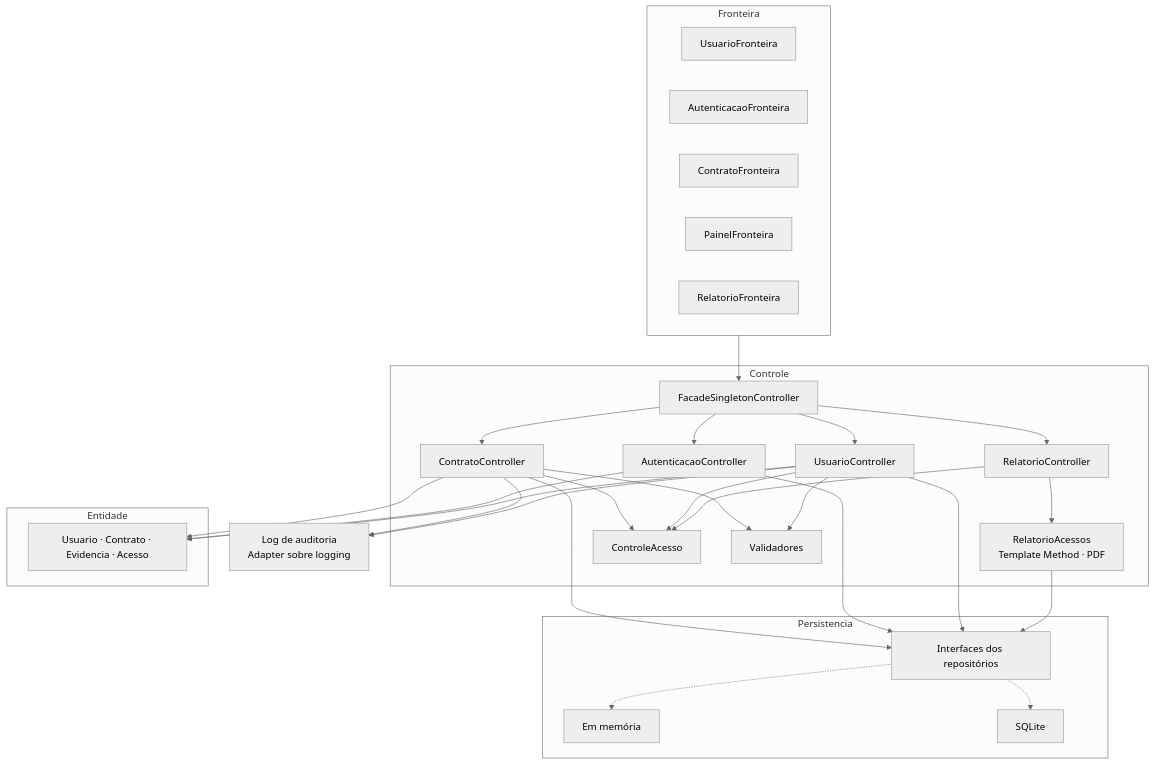
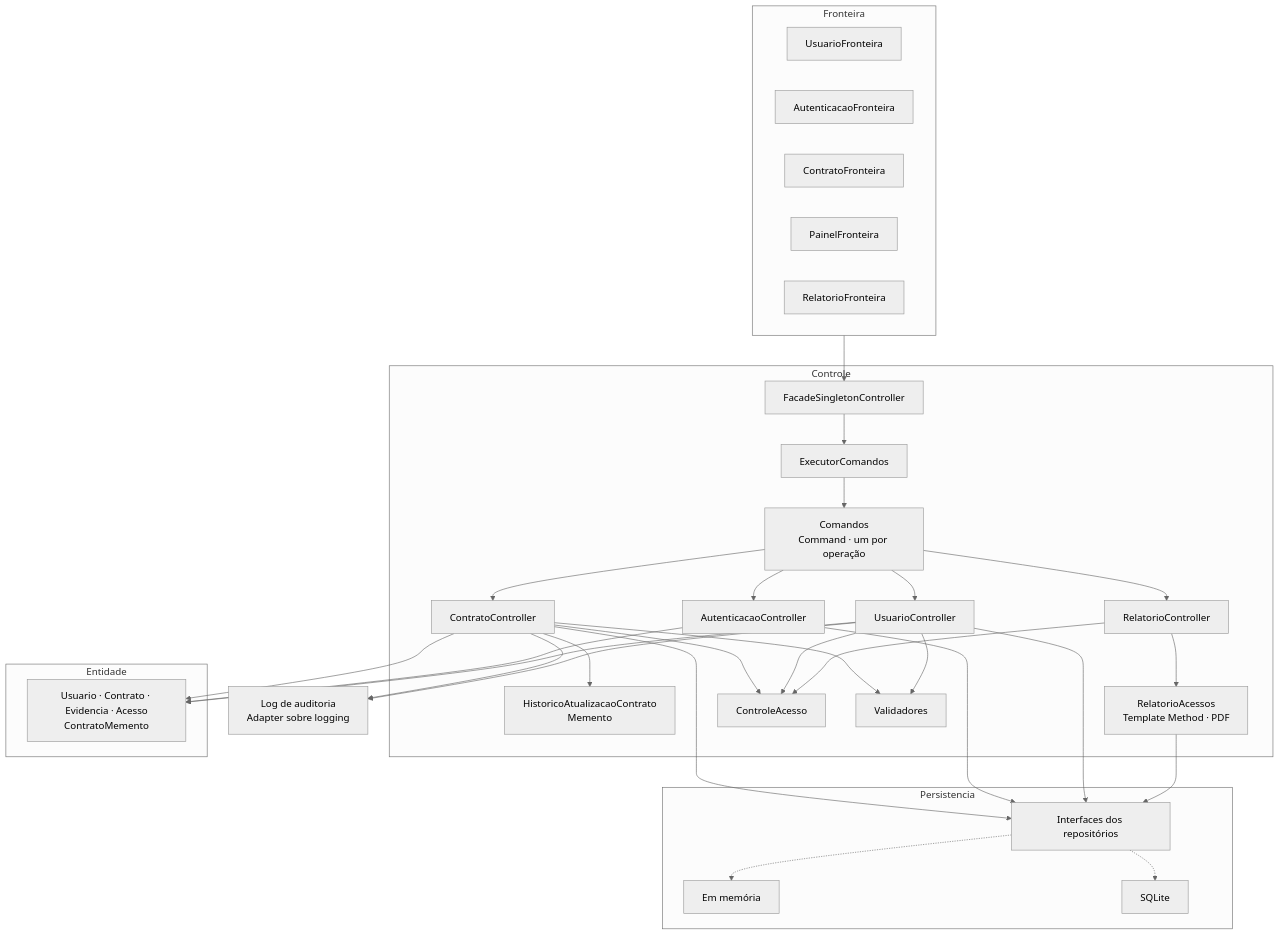
One commit to bruvaloes/audita changed the first of 2 diagrams in docs/07-arquitetura/README.md. Above: the diagram before and after it, drawn with Mermaid (neutral theme). The commit also changed other lines of this file, not shown here.

Commit message:
docs(arquitetura): mostrar os comandos e o histórico de contrato
A arquitetura lógica passa a mostrar o caminho das operações depois da
#25: a fachada entrega cada comando ao ExecutorComandos, e os comandos
chamam os controllers. O ContratoController aparece com o caretaker do
Memento da #26, e o ContratoMemento entra nas entidades. A tabela de
camadas não ganha pacote novo, porque controle/comando fica dentro do
controle.

Refs #27

````diff
--- a/docs/07-arquitetura/README.md
+++ b/docs/07-arquitetura/README.md
@@ -7,41 +7,47 @@
 ```mermaid
 flowchart TB
     subgraph Fronteira
         UF[UsuarioFronteira]
         AF[AutenticacaoFronteira]
         CF[ContratoFronteira]
         PF[PainelFronteira]
         RF[RelatorioFronteira]
     end
     subgraph Controle
         FA[FacadeSingletonController]
+        EX[ExecutorComandos]
+        CMD[Comandos<br/>Command · um por operação]
         UC[UsuarioController]
         AC[AutenticacaoController]
         CC[ContratoController]
+        HI[HistoricoAtualizacaoContrato<br/>Memento]
         RC[RelatorioController]
         RA[RelatorioAcessos<br/>Template Method · PDF]
         CA[ControleAcesso]
         VA[Validadores]
     end
     subgraph Entidade
-        EN[Usuario · Contrato · Evidencia · Acesso]
+        EN[Usuario · Contrato · Evidencia · Acesso<br/>ContratoMemento]
     end
     subgraph Persistencia
         RI[Interfaces dos repositórios]
         RM[Em memória]
         RS[SQLite]
     end
     LOG[Log de auditoria<br/>Adapter sobre logging]
 
     Fronteira --> FA
-    FA --> UC & AC & CC & RC
+    FA --> EX
+    EX --> CMD
+    CMD --> UC & AC & CC & RC
+    CC --> HI
     RC --> CA & RA
     RA --> RI
     UC & CC --> VA
     UC & CC --> CA
     UC & AC & CC --> RI
     UC & CC --> LOG
     UC & AC & CC --> EN
     RI -.-> RM
     RI -.-> RS
 ```
````
